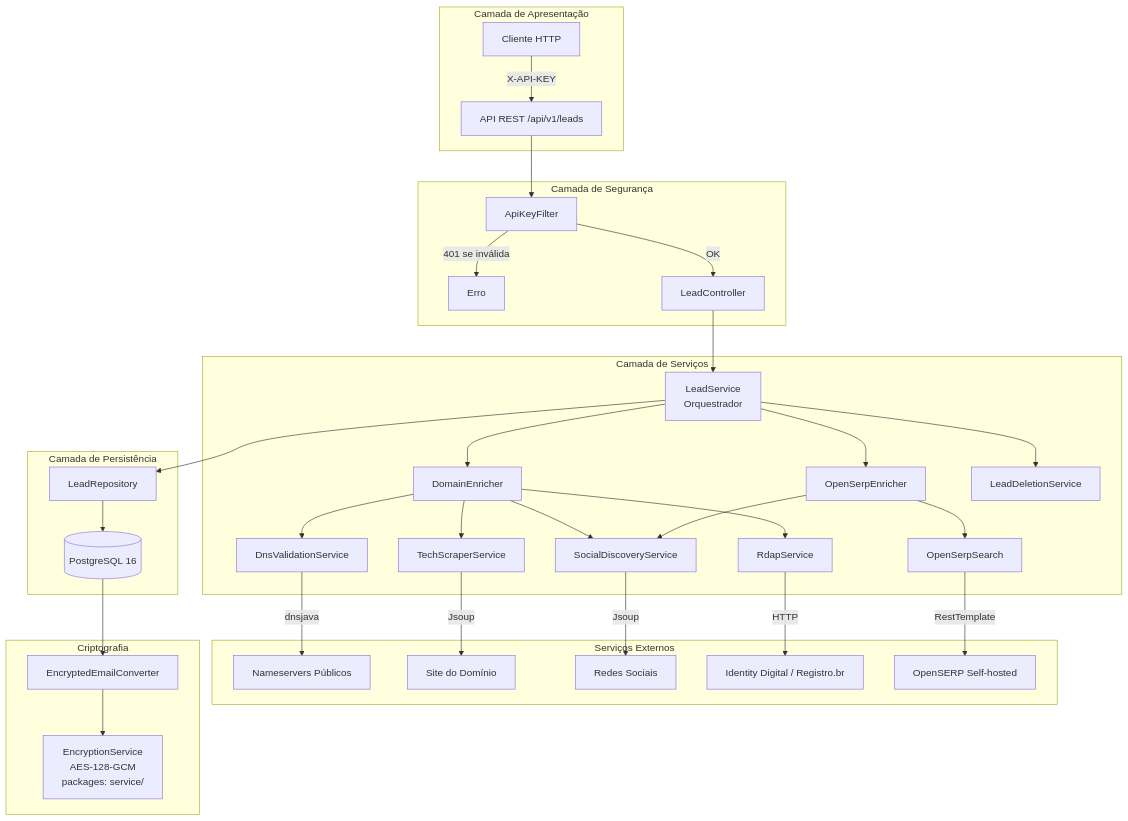
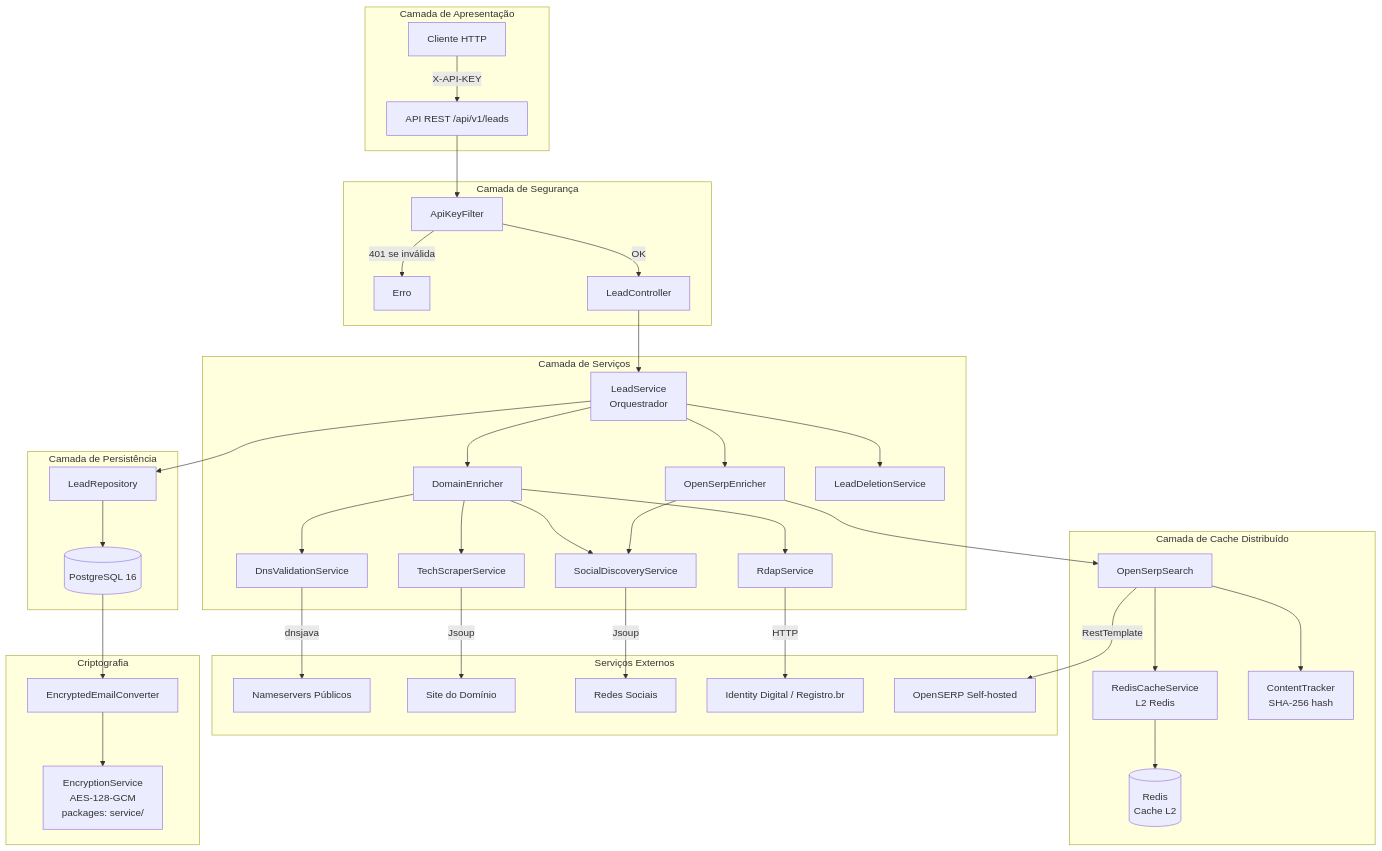
Before and after one commit to pdrodavi/lead-enrichment-api: the first of 3 diagrams in docs/architecture.md, drawn with Mermaid. The commit also changed other lines of this file and 24 other files, not shown here.

````diff
--- a/docs/architecture.md
+++ b/docs/architecture.md
@@ -7,43 +7,49 @@
 ```mermaid
 graph TB
     subgraph "Camada de Apresentação"
         CLIENT[Cliente HTTP] -->|"X-API-KEY"| API[API REST /api/v1/leads]
     end
 
     subgraph "Camada de Segurança"
         API --> AKF[ApiKeyFilter]
         AKF -->|"401 se inválida"| ERR[Erro]
         AKF -->|"OK"| CTRL[LeadController]
+    end
+
+    subgraph "Camada de Cache Distribuído"
+        OSS --> RCS[RedisCacheService<br/>L2 Redis]
+        RCS --> REDIS[(Redis<br/>Cache L2)]
+        OSS --> CT[ContentTracker<br/>SHA-256 hash]
     end
 
     subgraph "Camada de Serviços"
         CTRL --> LS[LeadService<br/>Orquestrador]
         LS --> OSE[OpenSerpEnricher]
         LS --> DE[DomainEnricher]
         LS --> LDS[LeadDeletionService]
         OSE --> OSS[OpenSerpSearch]
         OSE --> SDS[SocialDiscoveryService]
         DE --> DNS[DnsValidationService]
         DE --> TSS[TechScraperService]
         DE --> SDS[SocialDiscoveryService]
         DE --> RS[RdapService]
     end
 
     subgraph "Camada de Persistência"
         LS --> LR[LeadRepository]
         LR --> PG[(PostgreSQL 16)]
     end
 
     subgraph "Serviços Externos"
         DNS -->|"dnsjava"| NS[Nameservers Públicos]
         TSS -->|"Jsoup"| WEB[Site do Domínio]
         SDS -->|"Jsoup"| SOCIAL[Redes Sociais]
         RS -->|"HTTP"| RDAP[Identity Digital / Registro.br]
         OSS -->|"RestTemplate"| OS[OpenSERP Self-hosted]
     end
 
     subgraph "Criptografia"
         PG --> EEC[EncryptedEmailConverter]
         EEC --> ES[EncryptionService<br/>AES-128-GCM<br/>packages: service/]
     end
 ```
````
